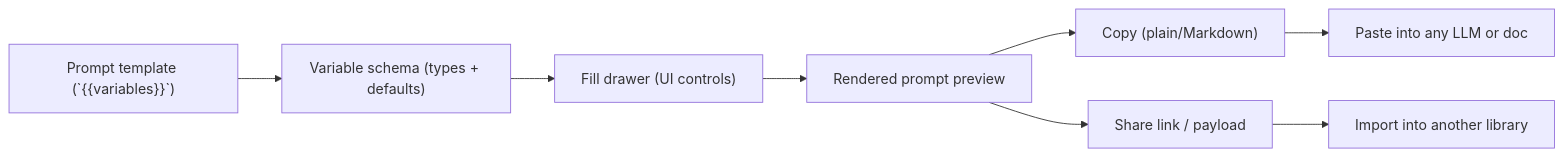
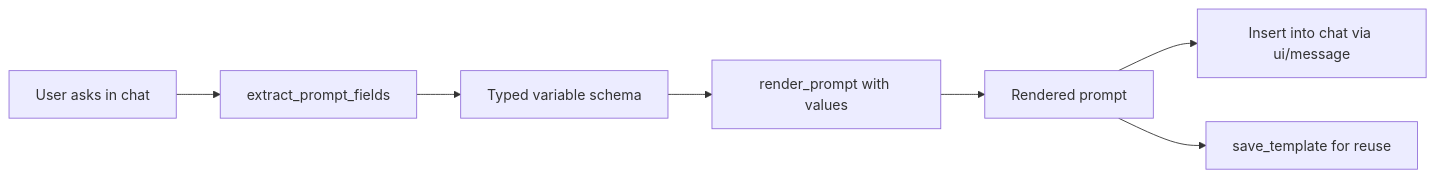
The diagram in README.md (daniel-p-green/promptfill), drawn with Mermaid before and after one commit. The commit also changed other lines of this file and 9 other files, not shown here.

````diff
--- a/README.md
+++ b/README.md
@@ -57,10 +55,9 @@
 ```mermaid
 flowchart LR
-  A["Prompt template (`{{variables}}`)"] --> B["Variable schema (types + defaults)"]
-  B --> C["Fill drawer (UI controls)"]
-  C --> D["Rendered prompt preview"]
-  D --> E["Copy (plain/Markdown)"]
-  D --> F["Share link / payload"]
-  F --> G["Import into another library"]
-  E --> H["Paste into any LLM or doc"]
+  A["User asks in chat"] --> B["extract_prompt_fields"]
+  B --> C["Typed variable schema"]
+  C --> D["render_prompt with values"]
+  D --> E["Rendered prompt"]
+  E --> F["Insert into chat via ui/message"]
+  E --> G["save_template for reuse"]
 ```
````
